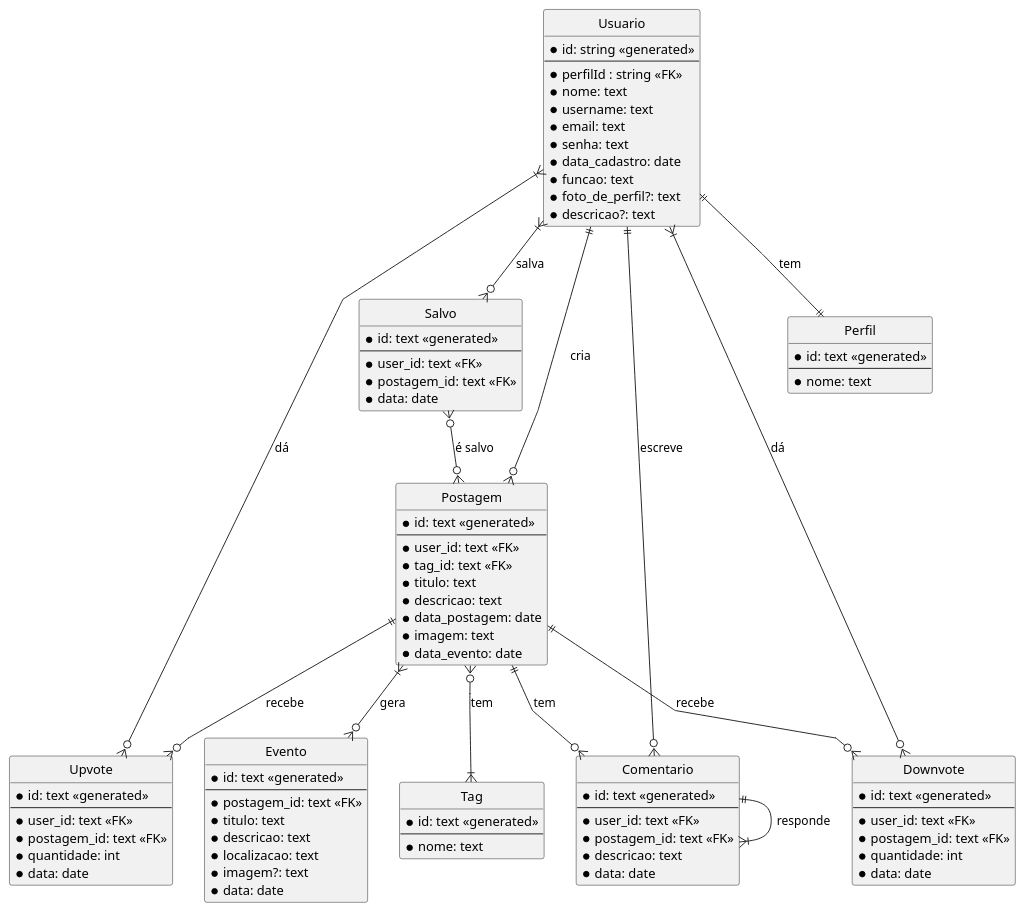
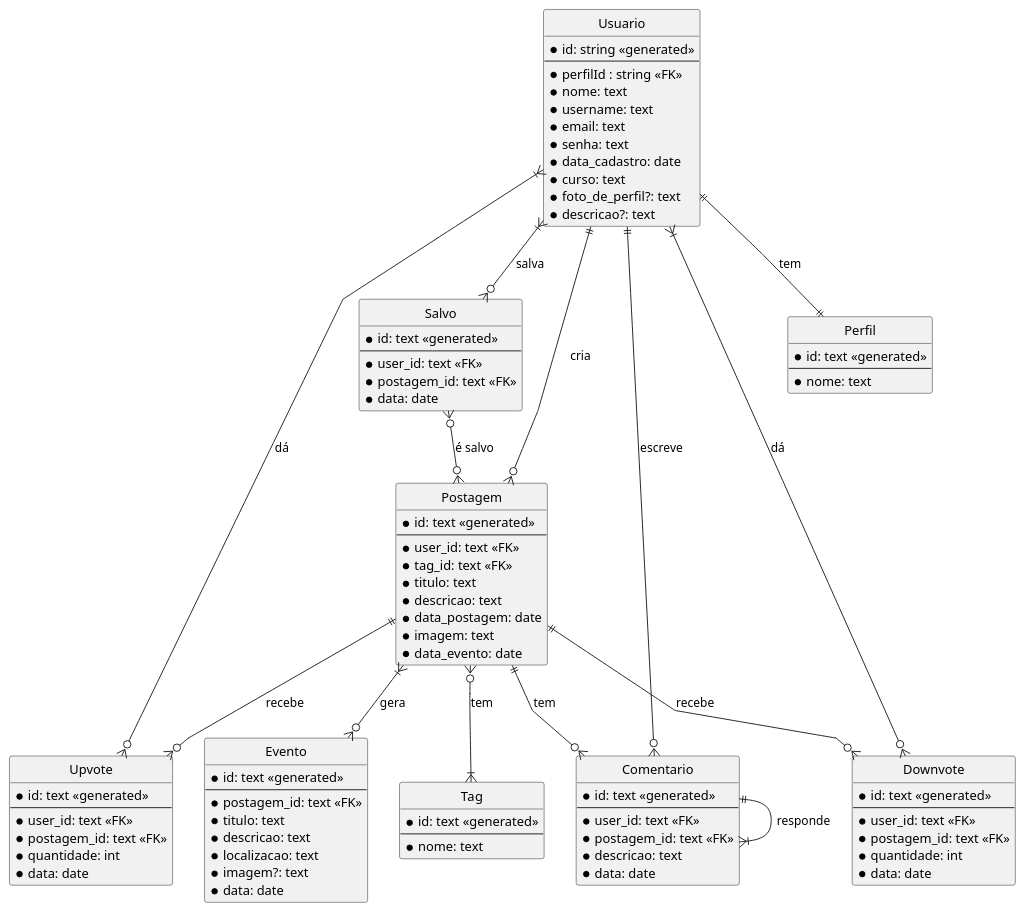
The diagram in backend/docs/ufam-explorer-er.plantuml (feralice/ufam-explore), drawn with PlantUML before and after one commit. The commit also changed 12 other files, not shown here.

```diff
--- a/backend/docs/ufam-explorer-er.plantuml
+++ b/backend/docs/ufam-explorer-er.plantuml
@@ -1,104 +1,104 @@
 @startuml ufam-explore-ER
 hide circle
 skinparam linetype polyline
 
 entity "Usuario" {
    * id: string <<generated>>
    --
    * perfilId : string <<FK>>
    * nome: text
    * username: text
    * email: text
    * senha: text
    * data_cadastro: date
-   * funcao: text
+   * curso: text
    * foto_de_perfil?: text
    * descricao?: text
 }
 
 entity "Evento" {
    * id: text <<generated>>
    --
    * postagem_id: text <<FK>>
    * titulo: text
    * descricao: text
    * localizacao: text
    * imagem?: text
    * data: date
 }
 
 entity "Postagem" {
    * id: text <<generated>>
    --
    * user_id: text <<FK>>
    * tag_id: text <<FK>>
    * titulo: text
    * descricao: text
    * data_postagem: date
    * imagem: text
    * data_evento: date
 }
 
 entity "Tag" {
    * id: text <<generated>>
    --
    * nome: text
 }
 
 entity "Comentario" {
    * id: text <<generated>>
    --
    * user_id: text <<FK>>
    * postagem_id: text <<FK>>
    * descricao: text
    * data: date
 }
 
 entity "Upvote" {
    * id: text <<generated>>
    --
    * user_id: text <<FK>>
    * postagem_id: text <<FK>>
    * quantidade: int
    * data: date
 }
 
 entity "Downvote" {
    * id: text <<generated>>
    --
    * user_id: text <<FK>>
    * postagem_id: text <<FK>>
    * quantidade: int
    * data: date
 }
 
 entity "Salvo" {
    * id: text <<generated>>
    --
    * user_id: text <<FK>>
    * postagem_id: text <<FK>>
    * data: date
 }
 
 entity "Perfil" {
    * id: text <<generated>>
    --
    * nome: text
 }
 
 Usuario ||--o{ Postagem : "cria"
 Usuario ||--o{ Comentario : "escreve"
 Usuario }|--o{ Upvote : "dá"
 Usuario }|--o{ Downvote : "dá"
 Usuario }|--o{ Salvo : "salva"
 Usuario ||--|| Perfil : "tem"
 
 Salvo }o--o{ Postagem : "é salvo"
 Postagem }o--|{ Tag : "tem"
 Postagem ||--o{ Comentario : "tem"
 Postagem ||--o{ Upvote : "recebe"
 Postagem ||--o{ Downvote : "recebe"
 Comentario ||--|{ Comentario : "responde"
 Postagem }|--o{ Evento : "gera"
 
 @enduml
```
